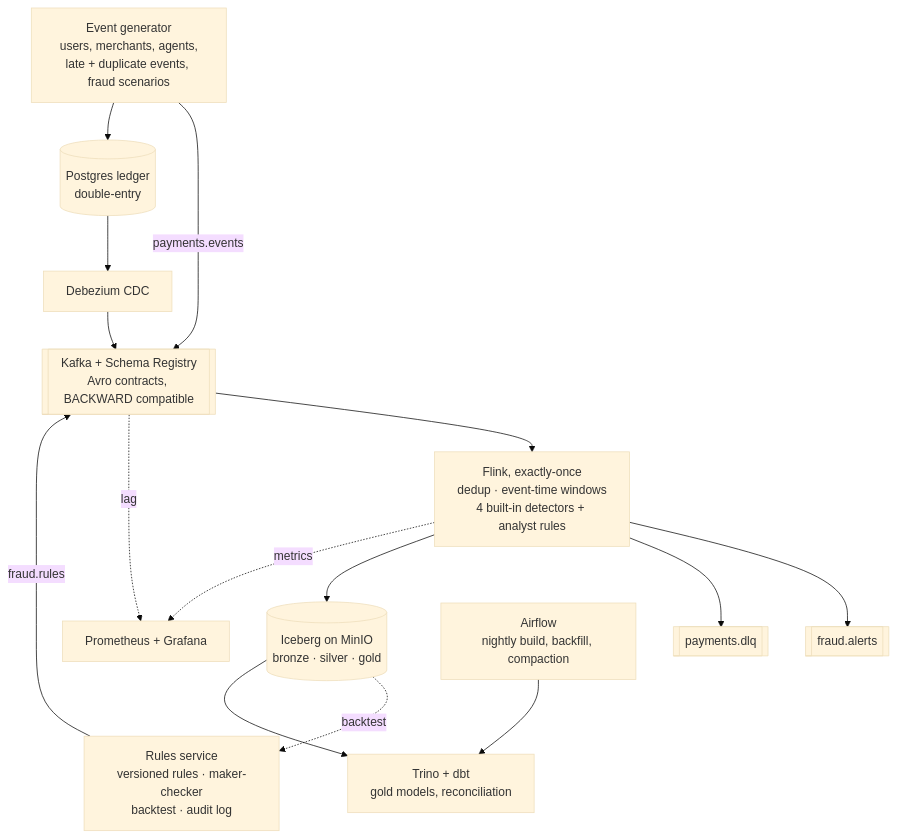
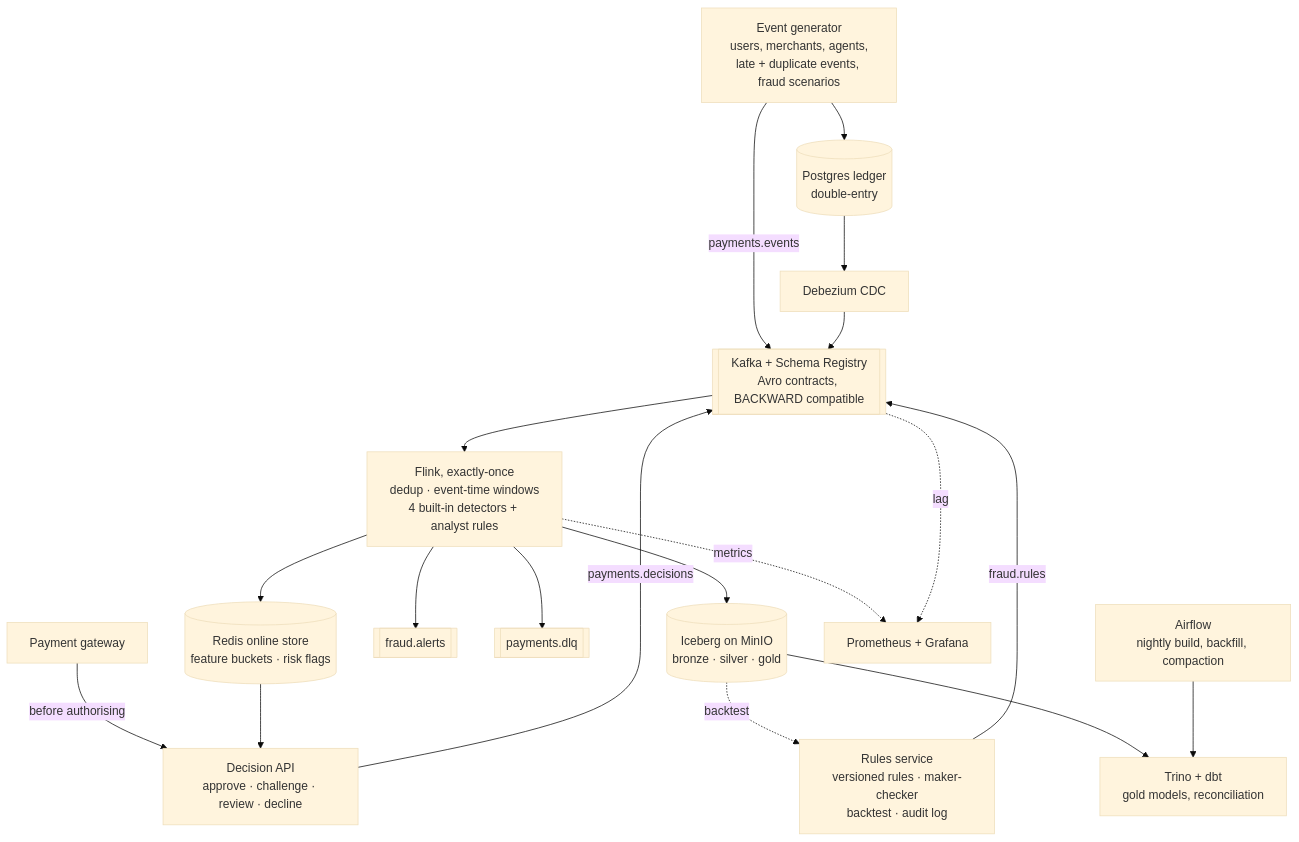
Before and after one commit to noushadbackup/paystream: the diagram in README.md, drawn with Mermaid (base theme). The commit also changed other lines of this file and 38 other files, not shown here.

First line of the commit message:
Add the inline decision API, fed by Flink through a Redis online store

````diff
--- a/README.md
+++ b/README.md
@@ -13,28 +13,35 @@
 ```mermaid
 flowchart TB
     gen[Event generator<br/>users, merchants, agents,<br/>late + duplicate events, fraud scenarios]
     pg[(Postgres ledger<br/>double-entry)]
     dbz[Debezium CDC]
     kafka[[Kafka + Schema Registry<br/>Avro contracts, BACKWARD compatible]]
     flink[Flink, exactly-once<br/>dedup · event-time windows<br/>4 built-in detectors + analyst rules]
     rules[Rules service<br/>versioned rules · maker-checker<br/>backtest · audit log]
+    redis[(Redis online store<br/>feature buckets · risk flags)]
+    decide[Decision API<br/>approve · challenge · review · decline]
+    gw[Payment gateway]
     alerts[[fraud.alerts]]
     dlq[[payments.dlq]]
     lake[(Iceberg on MinIO<br/>bronze · silver · gold)]
     trino[Trino + dbt<br/>gold models, reconciliation]
     airflow[Airflow<br/>nightly build, backfill, compaction]
     obs[Prometheus + Grafana]
 
     rules -->|fraud.rules| kafka
+    flink --> redis
+    gw -->|before authorising| decide
+    redis --> decide
+    decide -->|payments.decisions| kafka
     lake -.backtest.-> rules
     gen -->|payments.events| kafka
     gen --> pg --> dbz --> kafka
     kafka --> flink
     flink --> alerts
     flink --> dlq
     flink --> lake
     lake --> trino
     airflow --> trino
     flink -.metrics.-> obs
     kafka -.lag.-> obs
 ```
````
